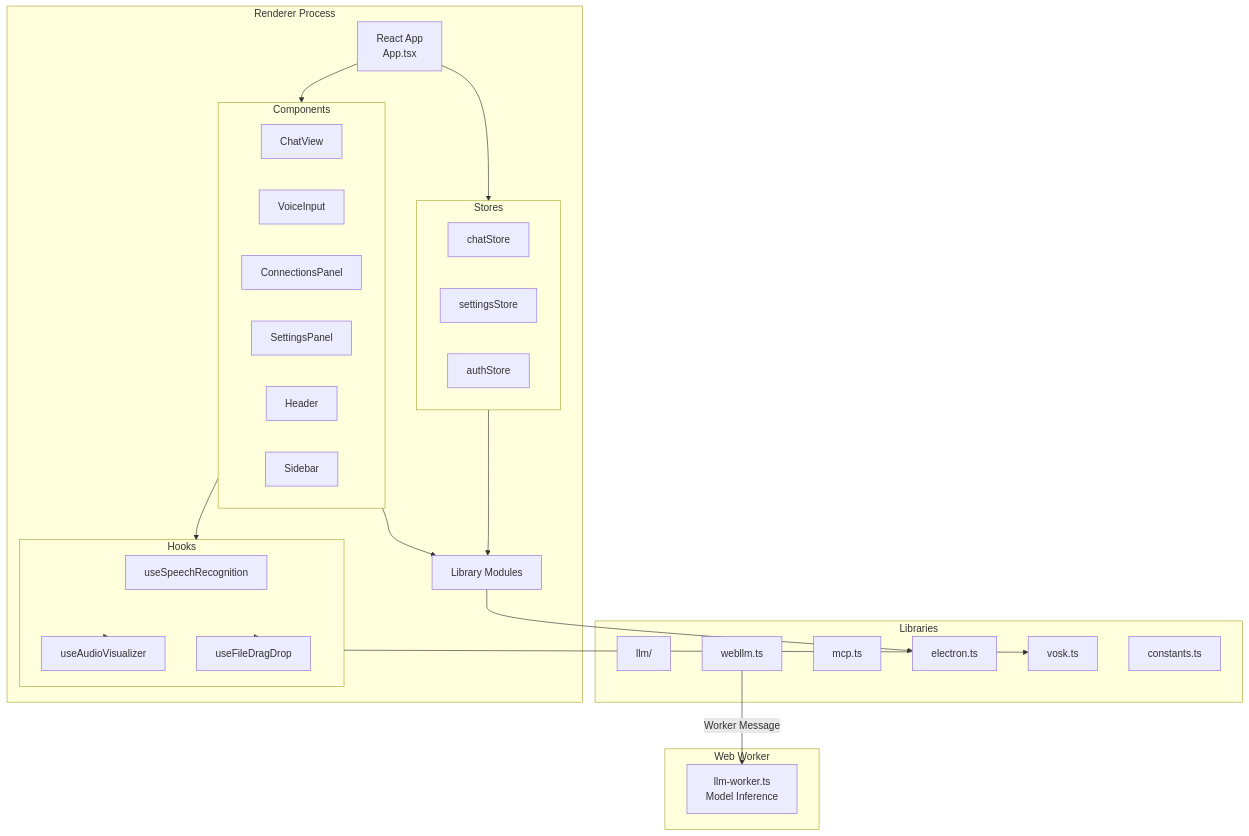
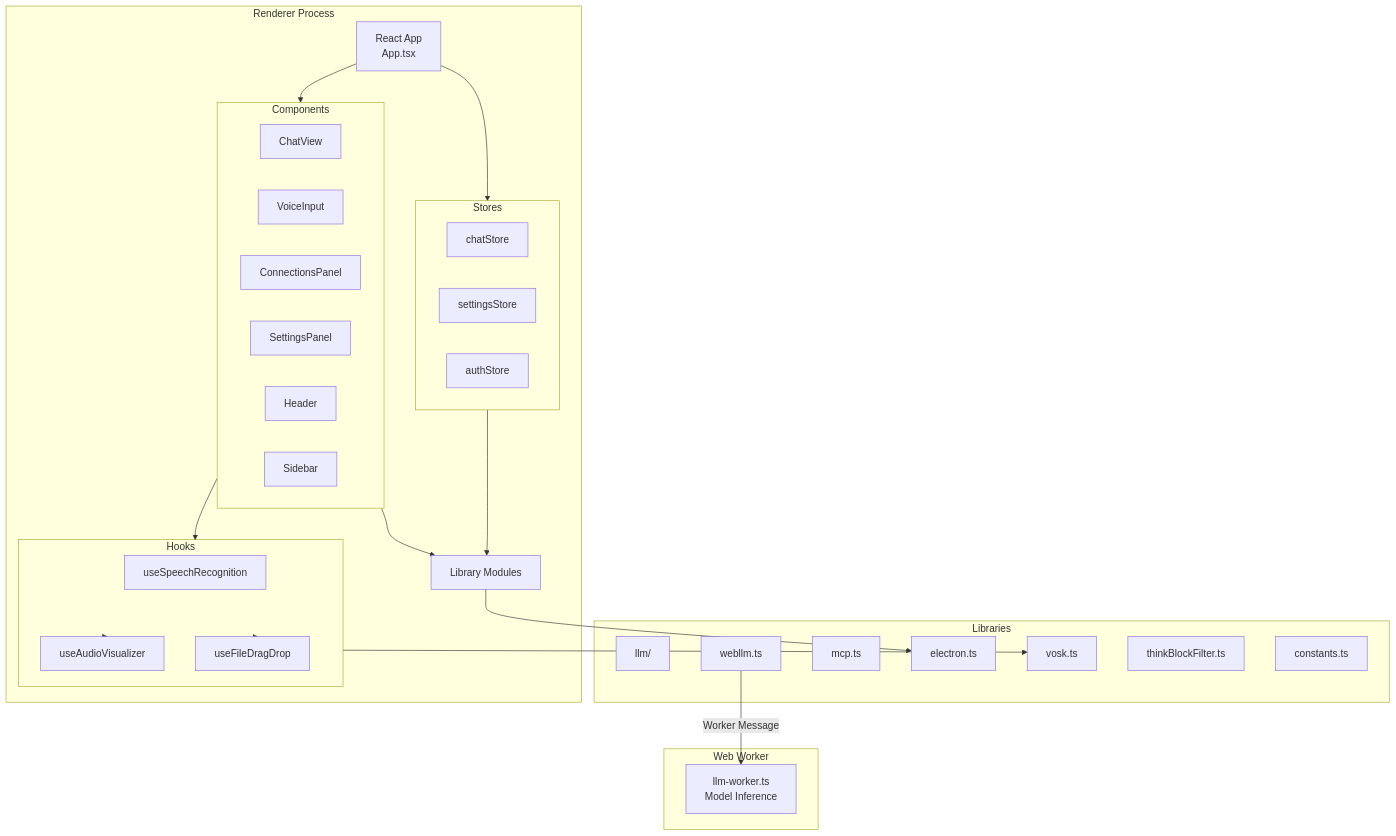
One commit to meharajM/ai-worker.app changed the fourth of 31 diagrams in architecture.md. Above: the diagram before and after it, drawn with Mermaid. The commit also changed other lines of this file, not shown here.

````diff
--- a/architecture.md
+++ b/architecture.md
@@ -142,56 +146,57 @@
 ```mermaid
 graph TB
     subgraph "Renderer Process"
         ReactApp[React App<br/>App.tsx]
         Components[UI Components]
         Stores[Zustand Stores]
         Lib[Library Modules]
         Hooks[Custom Hooks]
     end
 
     subgraph "Components"
         ChatView[ChatView]
         VoiceInput[VoiceInput]
         ConnectionsPanel[ConnectionsPanel]
         SettingsPanel[SettingsPanel]
         Header[Header]
         Sidebar[Sidebar]
     end
 
     subgraph "Stores"
         ChatStore[chatStore]
         SettingsStore[settingsStore]
         AuthStore[authStore]
     end
 
     subgraph "Libraries"
         LLMLib[llm/]
         WebLLMLib[webllm.ts]
         MCPLib[mcp.ts]
         ElectronLib[electron.ts]
         VoskLib[vosk.ts]
+        ThinkFilter[thinkBlockFilter.ts]
         Constants[constants.ts]
     end
 
     subgraph "Hooks"
          UseSpeech[useSpeechRecognition]
          UseVisualizer[useAudioVisualizer]
          UseDragDrop[useFileDragDrop]
     end
 
     ReactApp --> Components
     ReactApp --> Stores
     Components --> Lib
     Components --> Hooks
     Hooks --> VoskLib
     Hooks --> UseVisualizer
     Hooks --> UseDragDrop
     Stores --> Lib
     Lib --> ElectronLib
     
     subgraph "Web Worker"
         LLMWorker[llm-worker.ts<br/>Model Inference]
     end
     
     WebLLMLib -->|Worker Message| LLMWorker
 ```
````
